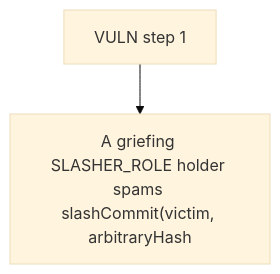
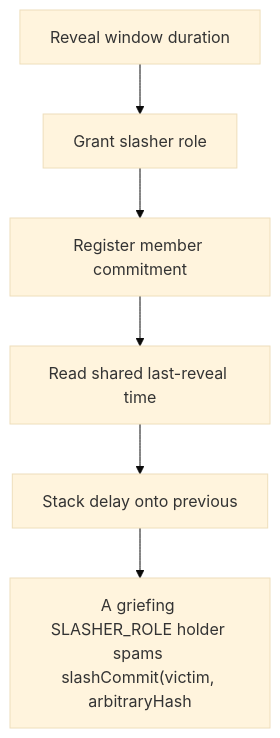
One commit to sanbir/evm-hack-registry changed the diagram in 65327-any-slasher-can-increase-another-ones-reveal-delays-cyfrin-n_exp/65327-any-slasher-can-increase-another-ones-reveal-delays-cyfrin-n_exp.md. Above: the diagram before and after it, drawn with Mermaid (base theme). The commit also changed other lines of this file and 79 other files, not shown here.

````diff
--- a/65327-any-slasher-can-increase-another-ones-reveal-delays-cyfrin-n_exp/65327-any-slasher-can-increase-another-ones-reveal-delays-cyfrin-n_exp.md
+++ b/65327-any-slasher-can-increase-another-ones-reveal-delays-cyfrin-n_exp/65327-any-slasher-can-increase-another-ones-reveal-delays-cyfrin-n_exp.md
@@ -28,6 +28,14 @@
 ```mermaid
 flowchart TD
-  S0["VULN step 1"]
+  S0["Reveal window duration"]
+  S1["Grant slasher role"]
+  S2["Register member commitment"]
+  S3["Read shared last-reveal time"]
+  S4["Stack delay onto previous"]
   H["A griefing SLASHER_ROLE holder spams slashCommit(victim, arbitraryHash"]
-  S0 --> H
+  S0 --> S1
+  S1 --> S2
+  S2 --> S3
+  S3 --> S4
+  S4 --> H
 ```
````
